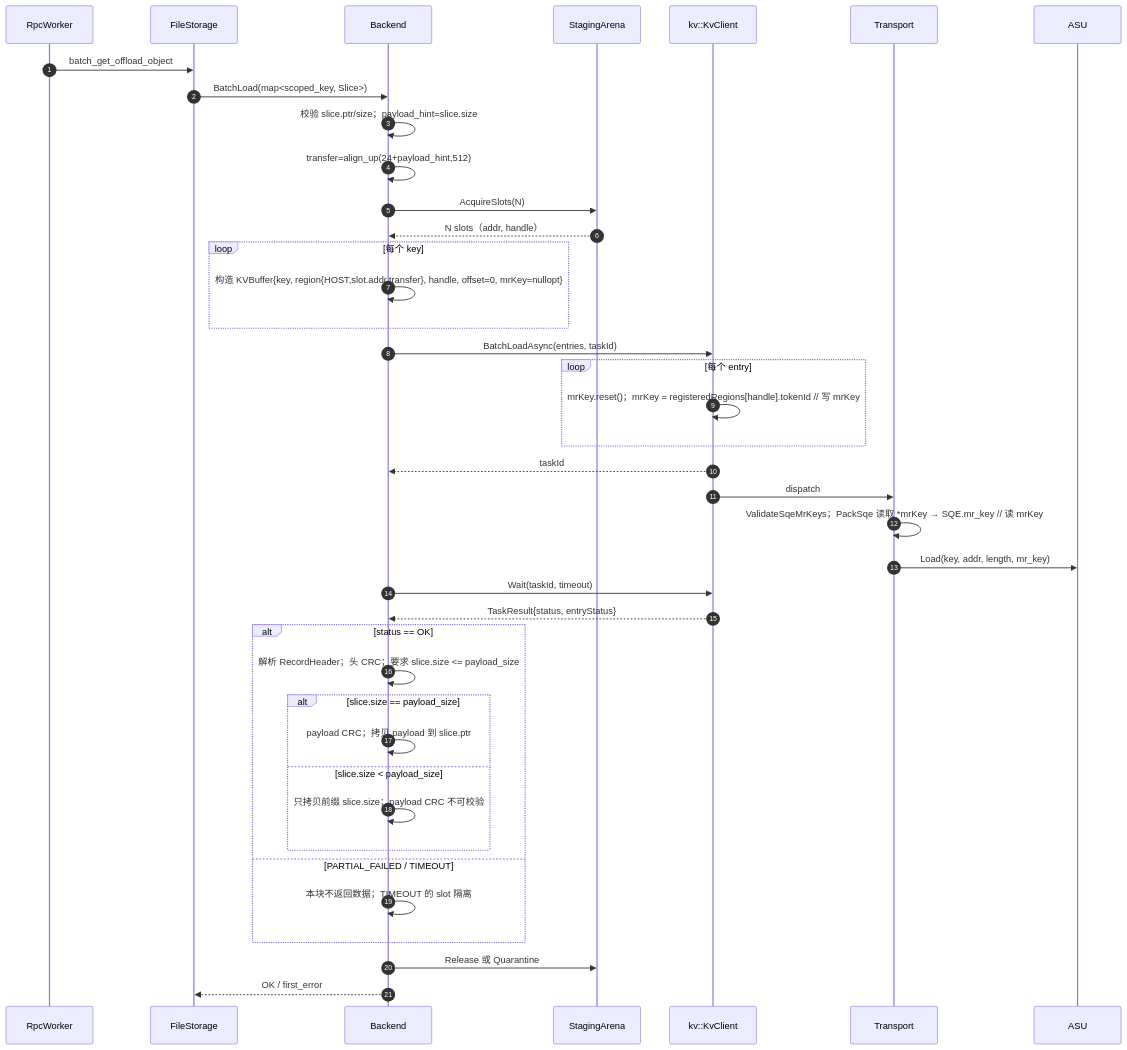
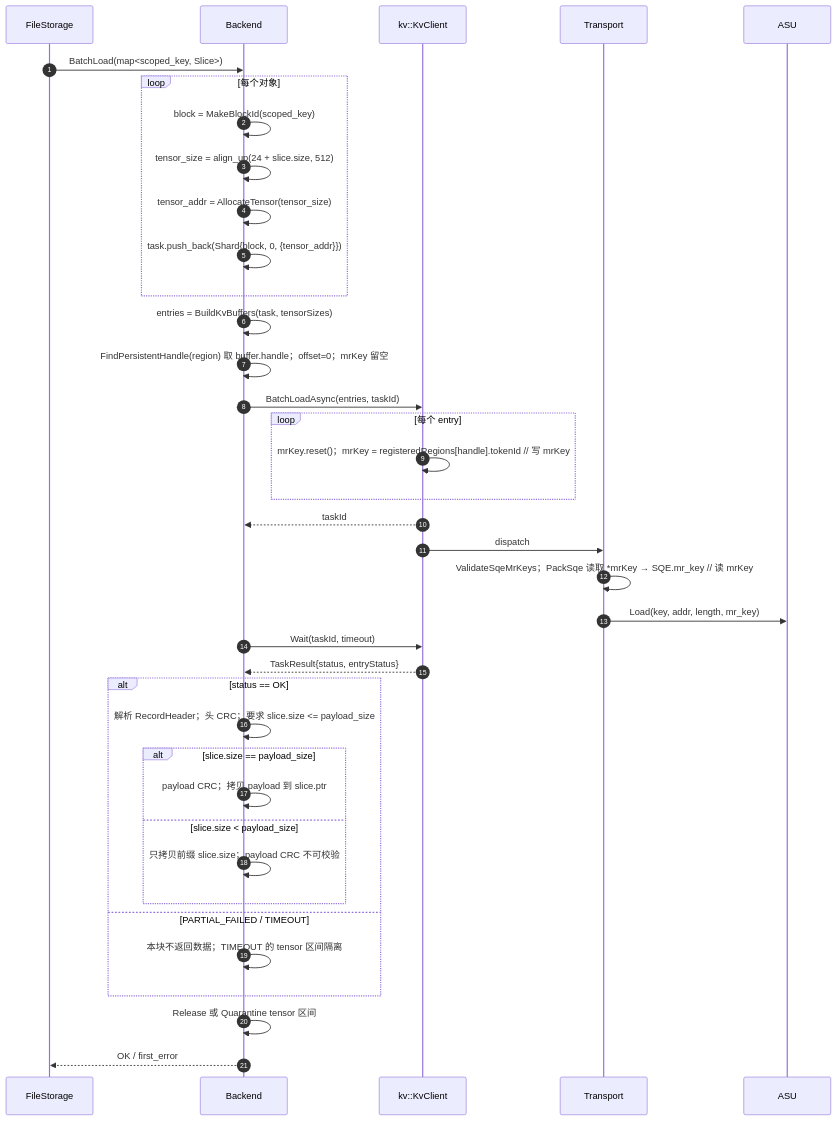
One commit to zwj20000328-dotcom/Mooncake-documents changed the sixth of 10 diagrams in kv-client-storage-backend-review.md. Above: the diagram before and after it, drawn with Mermaid. The commit also changed other lines of this file and 1 other file, not shown here.

````diff
--- a/kv-client-storage-backend-review.md
+++ b/kv-client-storage-backend-review.md
@@ -388,46 +321,43 @@
 ```mermaid
 sequenceDiagram
     autonumber
-    participant RPC as RpcWorker
     participant FS as FileStorage
     participant BE as Backend
-    participant SA as StagingArena
     participant KC as kv::KvClient
     participant TR as Transport
     participant ASU as ASU
 
-    RPC->>FS: batch_get_offload_object
     FS->>BE: BatchLoad(map<scoped_key, Slice>)
-    BE->>BE: 校验 slice.ptr/size；payload_hint=slice.size
-    BE->>BE: transfer=align_up(24+payload_hint,512)
-    BE->>SA: AcquireSlots(N)
-    SA-->>BE: N slots（addr, handle）
-
-    loop 每个 key
-        BE->>BE: 构造 KVBuffer{key, region{HOST,slot.addr,transfer}, handle, offset=0, mrKey=nullopt}
+    loop 每个对象
+        BE->>BE: block = MakeBlockId(scoped_key)
+        BE->>BE: tensor_size = align_up(24 + slice.size, 512)
+        BE->>BE: tensor_addr = AllocateTensor(tensor_size)
+        BE->>BE: task.push_back(Shard{block, 0, {tensor_addr}})
     end
+    BE->>BE: entries = BuildKvBuffers(task, tensorSizes)
+    BE->>BE: FindPersistentHandle(region) 取 buffer.handle；offset=0；mrKey 留空
 
     BE->>KC: BatchLoadAsync(entries, taskId)
     loop 每个 entry
         KC->>KC: mrKey.reset()；mrKey = registeredRegions[handle].tokenId  // 写 mrKey
     end
     KC-->>BE: taskId
     KC->>TR: dispatch
     TR->>TR: ValidateSqeMrKeys；PackSqe 读取 *mrKey → SQE.mr_key  // 读 mrKey
     TR->>ASU: Load(key, addr, length, mr_key)
 
     BE->>KC: Wait(taskId, timeout)
     KC-->>BE: TaskResult{status, entryStatus}
     alt status == OK
         BE->>BE: 解析 RecordHeader；头 CRC；要求 slice.size <= payload_size
         alt slice.size == payload_size
             BE->>BE: payload CRC；拷贝 payload 到 slice.ptr
         else slice.size < payload_size
             BE->>BE: 只拷贝前缀 slice.size；payload CRC 不可校验
         end
     else PARTIAL_FAILED / TIMEOUT
-        BE->>BE: 本块不返回数据；TIMEOUT 的 slot 隔离
+        BE->>BE: 本块不返回数据；TIMEOUT 的 tensor 区间隔离
     end
-    BE->>SA: Release 或 Quarantine
+    BE->>BE: Release 或 Quarantine tensor 区间
     BE-->>FS: OK / first_error
 ```
````
